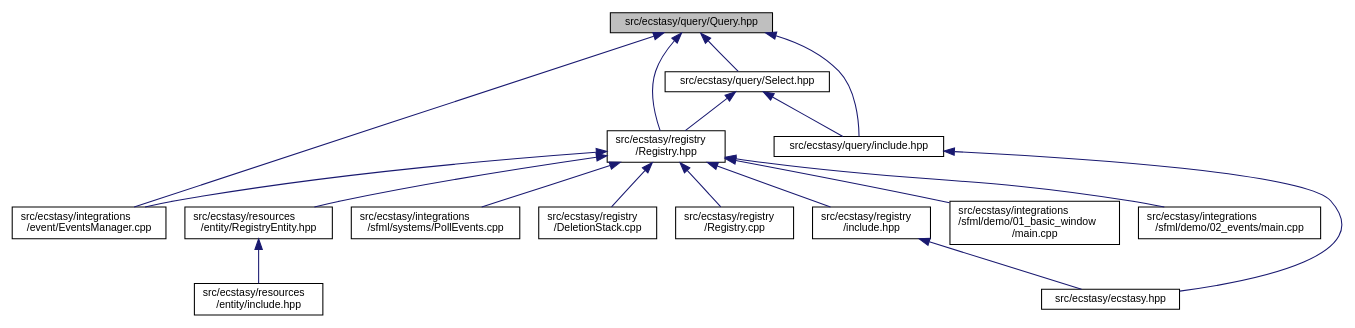
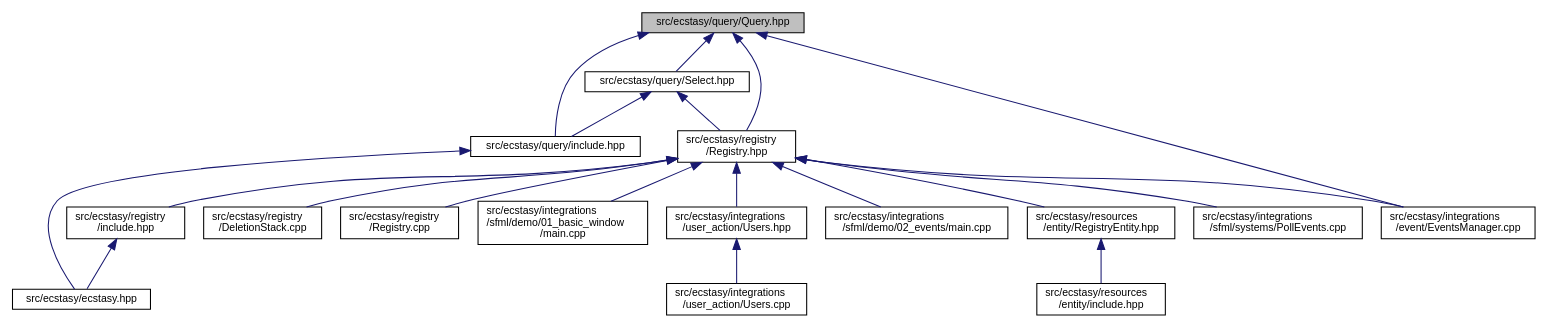
The diagram in _query_8hpp__dep__incl.dot (AndreasLrx/ecstasy), drawn with Graphviz before and after one commit. The commit also changed 391 other files, not shown here.

```diff
--- a/_query_8hpp__dep__incl.dot
+++ b/_query_8hpp__dep__incl.dot
@@ -1,37 +1,41 @@
 digraph "src/ecstasy/query/Query.hpp"
 {
  // LATEX_PDF_SIZE
   edge [fontname="Helvetica",fontsize="10",labelfontname="Helvetica",labelfontsize="10"];
   node [fontname="Helvetica",fontsize="10",shape=record];
   Node1 [label="src/ecstasy/query/Query.hpp",height=0.2,width=0.4,color="black", fillcolor="grey75", style="filled", fontcolor="black",tooltip=" "];
   Node1 -> Node2 [dir="back",color="midnightblue",fontsize="10",style="solid",fontname="Helvetica"];
   Node2 [label="src/ecstasy/integrations\l/event/EventsManager.cpp",height=0.2,width=0.4,color="black", fillcolor="white", style="filled",URL="$_events_manager_8cpp.html",tooltip=" "];
   Node1 -> Node3 [dir="back",color="midnightblue",fontsize="10",style="solid",fontname="Helvetica"];
   Node3 [label="src/ecstasy/query/include.hpp",height=0.2,width=0.4,color="black", fillcolor="white", style="filled",URL="$query_2include_8hpp.html",tooltip=" "];
   Node3 -> Node4 [dir="back",color="midnightblue",fontsize="10",style="solid",fontname="Helvetica"];
   Node4 [label="src/ecstasy/ecstasy.hpp",height=0.2,width=0.4,color="black", fillcolor="white", style="filled",URL="$ecstasy_8hpp.html",tooltip=" "];
   Node1 -> Node5 [dir="back",color="midnightblue",fontsize="10",style="solid",fontname="Helvetica"];
   Node5 [label="src/ecstasy/query/Select.hpp",height=0.2,width=0.4,color="black", fillcolor="white", style="filled",URL="$_select_8hpp.html",tooltip=" "];
   Node5 -> Node3 [dir="back",color="midnightblue",fontsize="10",style="solid",fontname="Helvetica"];
   Node5 -> Node6 [dir="back",color="midnightblue",fontsize="10",style="solid",fontname="Helvetica"];
   Node6 [label="src/ecstasy/registry\l/Registry.hpp",height=0.2,width=0.4,color="black", fillcolor="white", style="filled",URL="$_registry_8hpp.html",tooltip=" "];
   Node6 -> Node2 [dir="back",color="midnightblue",fontsize="10",style="solid",fontname="Helvetica"];
   Node6 -> Node7 [dir="back",color="midnightblue",fontsize="10",style="solid",fontname="Helvetica"];
   Node7 [label="src/ecstasy/integrations\l/sfml/demo/01_basic_window\l/main.cpp",height=0.2,width=0.4,color="black", fillcolor="white", style="filled",URL="$01__basic__window_2main_8cpp.html",tooltip=" "];
   Node6 -> Node8 [dir="back",color="midnightblue",fontsize="10",style="solid",fontname="Helvetica"];
   Node8 [label="src/ecstasy/integrations\l/sfml/demo/02_events/main.cpp",height=0.2,width=0.4,color="black", fillcolor="white", style="filled",URL="$02__events_2main_8cpp.html",tooltip=" "];
   Node6 -> Node9 [dir="back",color="midnightblue",fontsize="10",style="solid",fontname="Helvetica"];
   Node9 [label="src/ecstasy/integrations\l/sfml/systems/PollEvents.cpp",height=0.2,width=0.4,color="black", fillcolor="white", style="filled",URL="$_poll_events_8cpp.html",tooltip=" "];
   Node6 -> Node10 [dir="back",color="midnightblue",fontsize="10",style="solid",fontname="Helvetica"];
-  Node10 [label="src/ecstasy/registry\l/DeletionStack.cpp",height=0.2,width=0.4,color="black", fillcolor="white", style="filled",URL="$_deletion_stack_8cpp.html",tooltip=" "];
-  Node6 -> Node11 [dir="back",color="midnightblue",fontsize="10",style="solid",fontname="Helvetica"];
-  Node11 [label="src/ecstasy/registry\l/include.hpp",height=0.2,width=0.4,color="black", fillcolor="white", style="filled",URL="$registry_2include_8hpp.html",tooltip=" "];
-  Node11 -> Node4 [dir="back",color="midnightblue",fontsize="10",style="solid",fontname="Helvetica"];
+  Node10 [label="src/ecstasy/integrations\l/user_action/Users.hpp",height=0.2,width=0.4,color="black", fillcolor="white", style="filled",URL="$_users_8hpp.html",tooltip=" "];
+  Node10 -> Node11 [dir="back",color="midnightblue",fontsize="10",style="solid",fontname="Helvetica"];
+  Node11 [label="src/ecstasy/integrations\l/user_action/Users.cpp",height=0.2,width=0.4,color="black", fillcolor="white", style="filled",URL="$_users_8cpp.html",tooltip=" "];
   Node6 -> Node12 [dir="back",color="midnightblue",fontsize="10",style="solid",fontname="Helvetica"];
-  Node12 [label="src/ecstasy/registry\l/Registry.cpp",height=0.2,width=0.4,color="black", fillcolor="white", style="filled",URL="$_registry_8cpp.html",tooltip=" "];
+  Node12 [label="src/ecstasy/registry\l/DeletionStack.cpp",height=0.2,width=0.4,color="black", fillcolor="white", style="filled",URL="$_deletion_stack_8cpp.html",tooltip=" "];
   Node6 -> Node13 [dir="back",color="midnightblue",fontsize="10",style="solid",fontname="Helvetica"];
-  Node13 [label="src/ecstasy/resources\l/entity/RegistryEntity.hpp",height=0.2,width=0.4,color="black", fillcolor="white", style="filled",URL="$_registry_entity_8hpp.html",tooltip=" "];
-  Node13 -> Node14 [dir="back",color="midnightblue",fontsize="10",style="solid",fontname="Helvetica"];
-  Node14 [label="src/ecstasy/resources\l/entity/include.hpp",height=0.2,width=0.4,color="black", fillcolor="white", style="filled",URL="$resources_2entity_2include_8hpp.html",tooltip=" "];
+  Node13 [label="src/ecstasy/registry\l/include.hpp",height=0.2,width=0.4,color="black", fillcolor="white", style="filled",URL="$registry_2include_8hpp.html",tooltip=" "];
+  Node13 -> Node4 [dir="back",color="midnightblue",fontsize="10",style="solid",fontname="Helvetica"];
+  Node6 -> Node14 [dir="back",color="midnightblue",fontsize="10",style="solid",fontname="Helvetica"];
+  Node14 [label="src/ecstasy/registry\l/Registry.cpp",height=0.2,width=0.4,color="black", fillcolor="white", style="filled",URL="$_registry_8cpp.html",tooltip=" "];
+  Node6 -> Node15 [dir="back",color="midnightblue",fontsize="10",style="solid",fontname="Helvetica"];
+  Node15 [label="src/ecstasy/resources\l/entity/RegistryEntity.hpp",height=0.2,width=0.4,color="black", fillcolor="white", style="filled",URL="$_registry_entity_8hpp.html",tooltip=" "];
+  Node15 -> Node16 [dir="back",color="midnightblue",fontsize="10",style="solid",fontname="Helvetica"];
+  Node16 [label="src/ecstasy/resources\l/entity/include.hpp",height=0.2,width=0.4,color="black", fillcolor="white", style="filled",URL="$resources_2entity_2include_8hpp.html",tooltip=" "];
   Node1 -> Node6 [dir="back",color="midnightblue",fontsize="10",style="solid",fontname="Helvetica"];
 }
```
